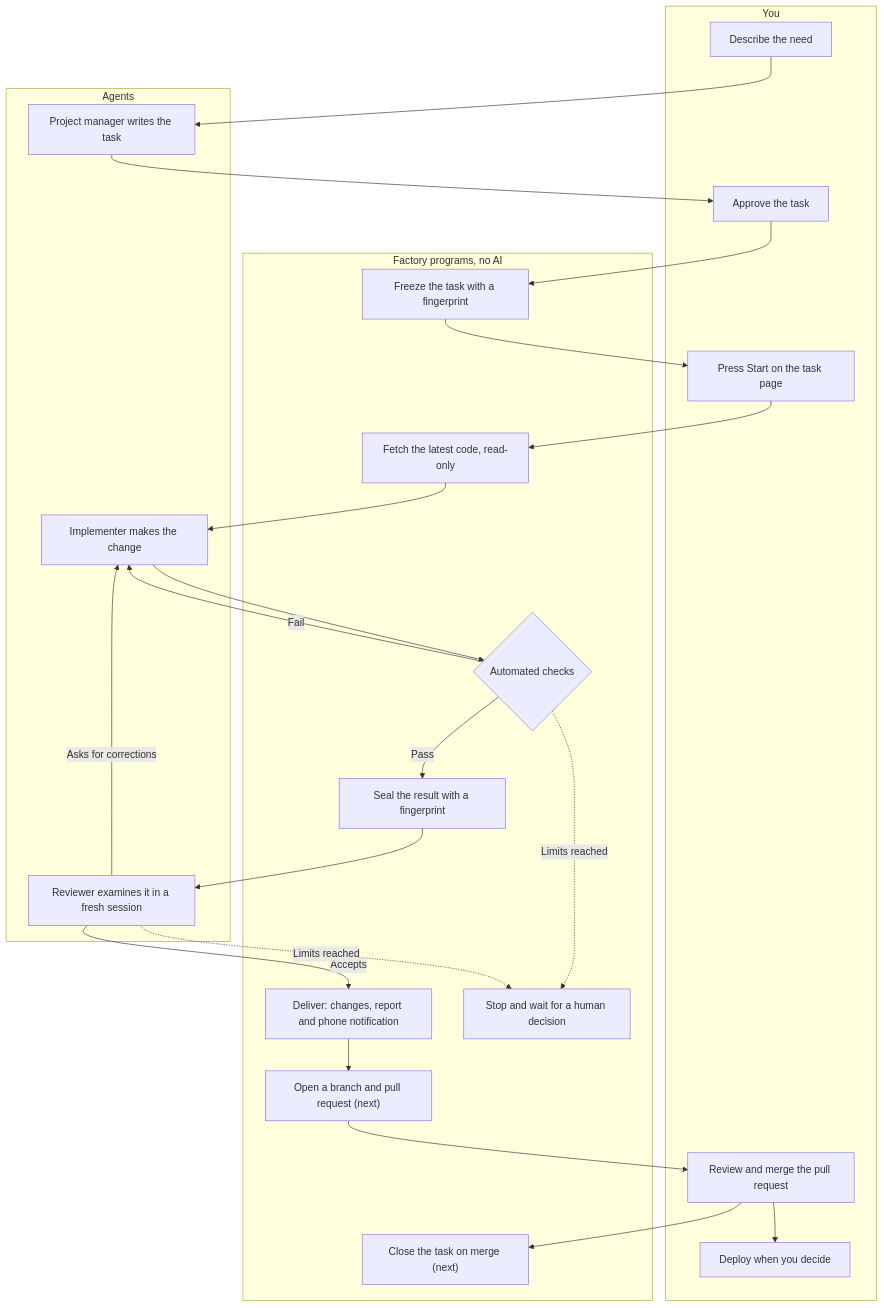
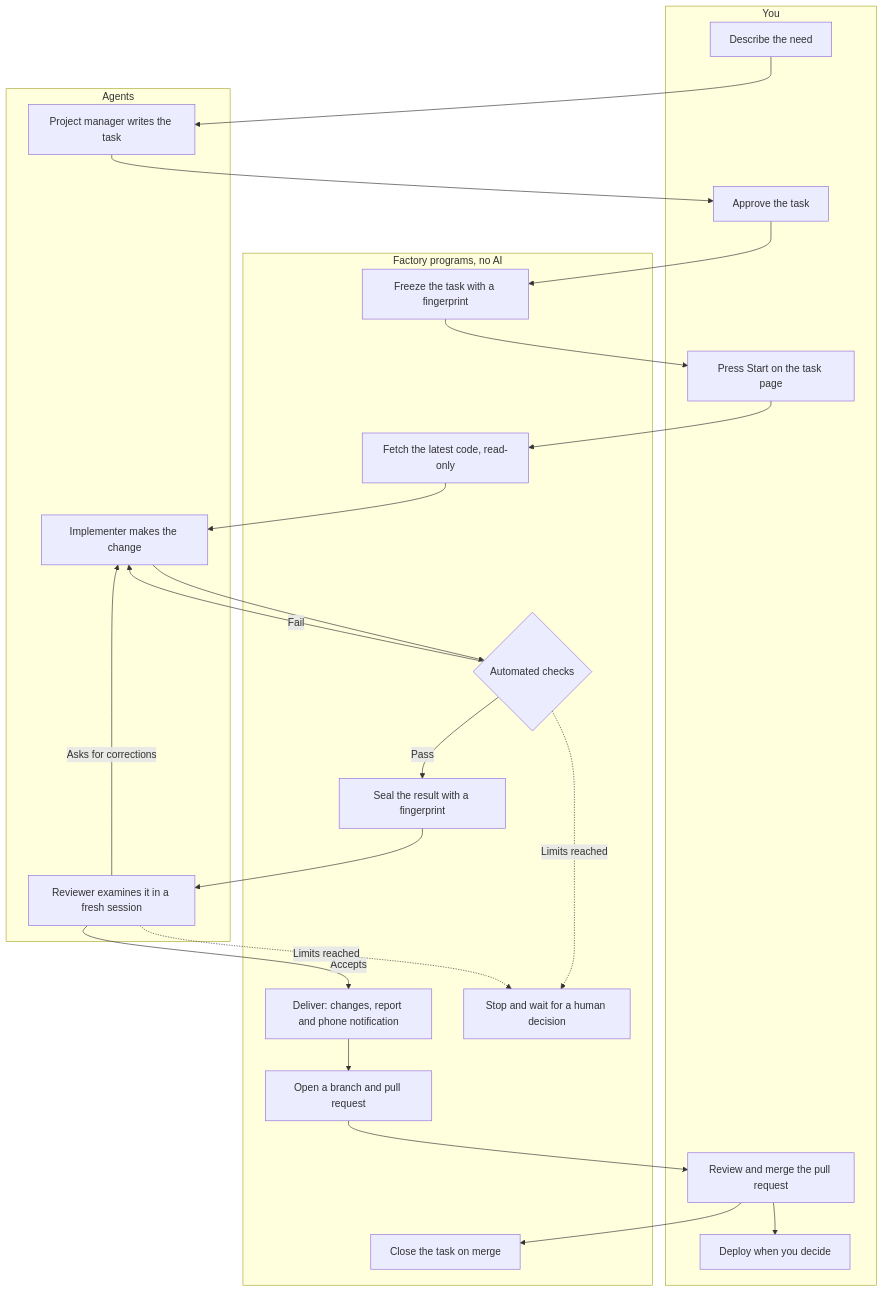
One commit to Gaan21/agent-factory-case-study changed the first of 2 diagrams in README.md. Above: the diagram before and after it, drawn with Mermaid. The commit also changed other lines of this file, not shown here.

Commit message:
docs: automatic pull requests installed, with GitHub's rejections verified

````diff
--- a/README.md
+++ b/README.md
@@ -30,33 +30,33 @@
 ```mermaid
 flowchart TD
     subgraph You
         A[Describe the need]
         F[Approve the task]
         S[Press Start on the task page]
         M[Review and merge the pull request]
         Y[Deploy when you decide]
     end
     subgraph Agents
         P[Project manager writes the task]
         I[Implementer makes the change]
         R[Reviewer examines it in a fresh session]
     end
     subgraph Factory["Factory programs, no AI"]
         Z[Freeze the task with a fingerprint]
         G[Fetch the latest code, read-only]
         C{Automated checks}
         K[Seal the result with a fingerprint]
         D[Deliver: changes, report and phone notification]
-        B["Open a branch and pull request (next)"]
-        X["Close the task on merge (next)"]
+        B[Open a branch and pull request]
+        X[Close the task on merge]
         H[Stop and wait for a human decision]
     end
     A --> P --> F --> Z --> S --> G --> I --> C
     C -->|Fail| I
     C -->|Pass| K --> R
     R -->|Asks for corrections| I
     R -->|Accepts| D --> B --> M --> X
     M --> Y
     C -.->|Limits reached| H
     R -.->|Limits reached| H
 ```
````
